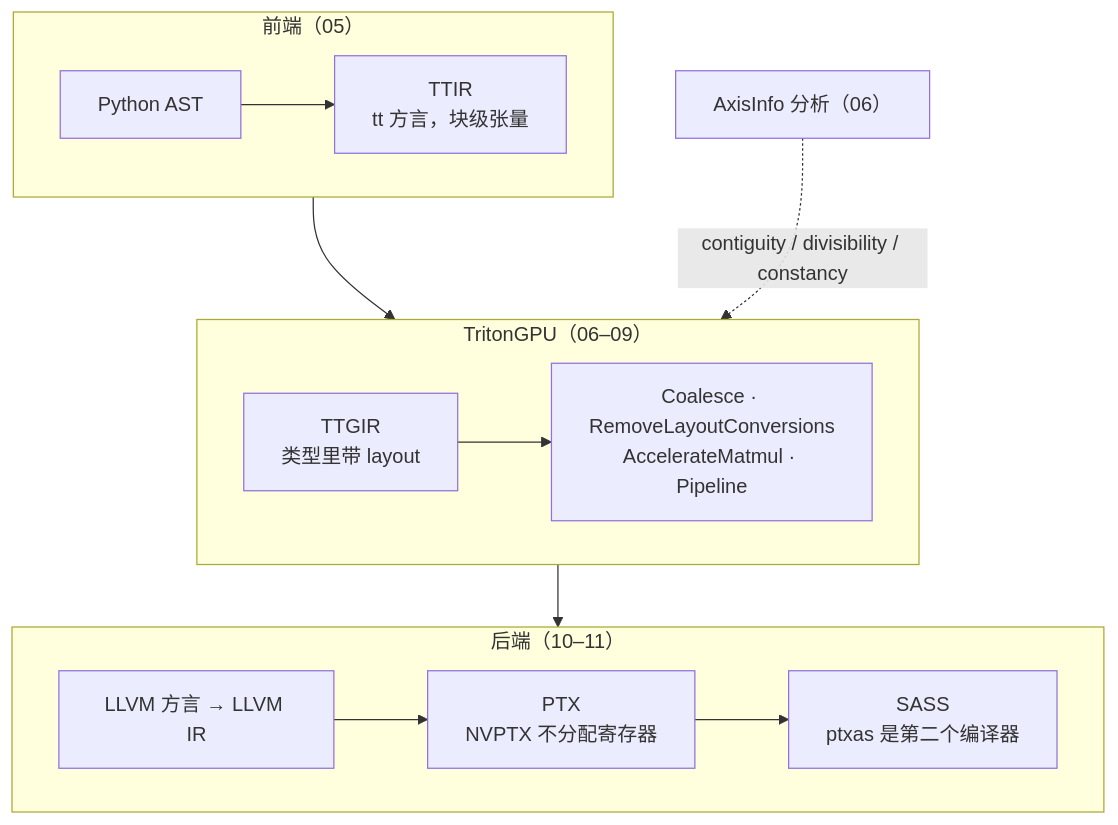
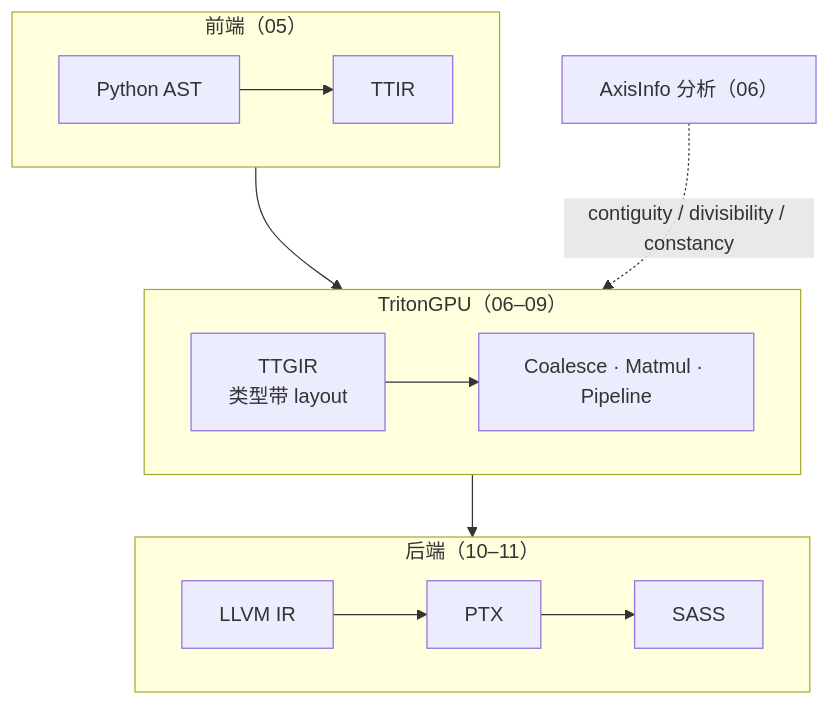
One commit to arganzheng/arganzheng.github.com changed the first of 3 diagrams in slides/2026-12-04-ml-compilers.md. Above: the diagram before and after it, drawn with Mermaid. The commit also changed other lines of this file, not shown here.

Commit message:
slides/ml-compilers: cut/shorten mermaid diagrams below 14px rendered text (check-render smalltext/overlap)

````diff
--- a/slides/2026-12-04-ml-compilers.md
+++ b/slides/2026-12-04-ml-compilers.md
@@ -33,18 +33,18 @@
 ```mermaid
 %%{init: {"flowchart": {"wrappingWidth": 160}}}%%
 flowchart TB
     subgraph FE["前端（05）"]
         direction LR
-        PY["Python AST"] --> TTIR["TTIR<br/>tt 方言，块级张量"]
+        PY["Python AST"] --> TTIR["TTIR"]
     end
     subgraph MID["TritonGPU（06–09）"]
         direction LR
-        TTGIR["TTGIR<br/>类型里带 layout"] --> OPT["Coalesce · RemoveLayoutConversions<br/>AccelerateMatmul · Pipeline"]
+        TTGIR["TTGIR<br/>类型带 layout"] --> OPT["Coalesce · Matmul · Pipeline"]
     end
     subgraph BE["后端（10–11）"]
         direction LR
-        LL["LLVM 方言 → LLVM IR"] --> PTX["PTX<br/>NVPTX 不分配寄存器"] --> SASS["SASS<br/>ptxas 是第二个编译器"]
+        LL["LLVM IR"] --> PTX["PTX"] --> SASS["SASS"]
     end
     FE --> MID --> BE
     AX["AxisInfo 分析（06）"] -. "contiguity / divisibility / constancy" .-> MID
 ```
````
